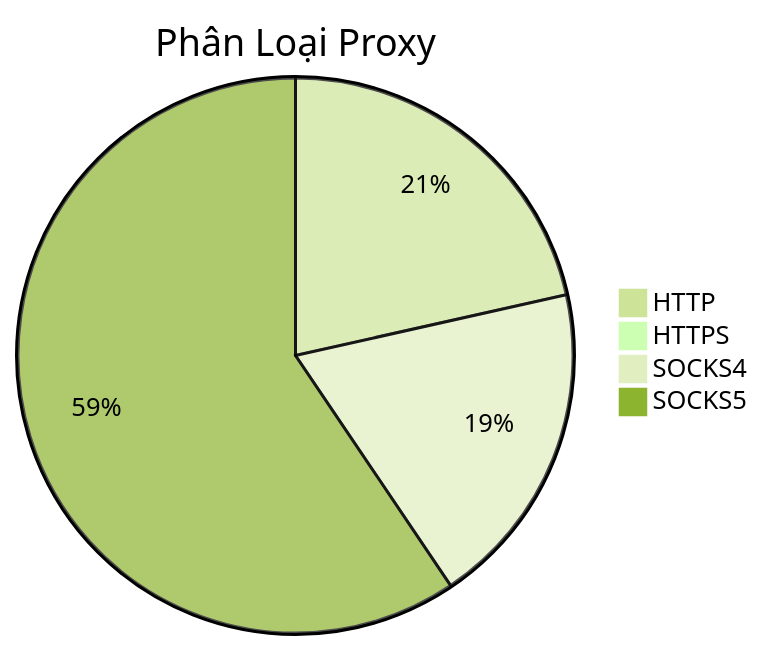
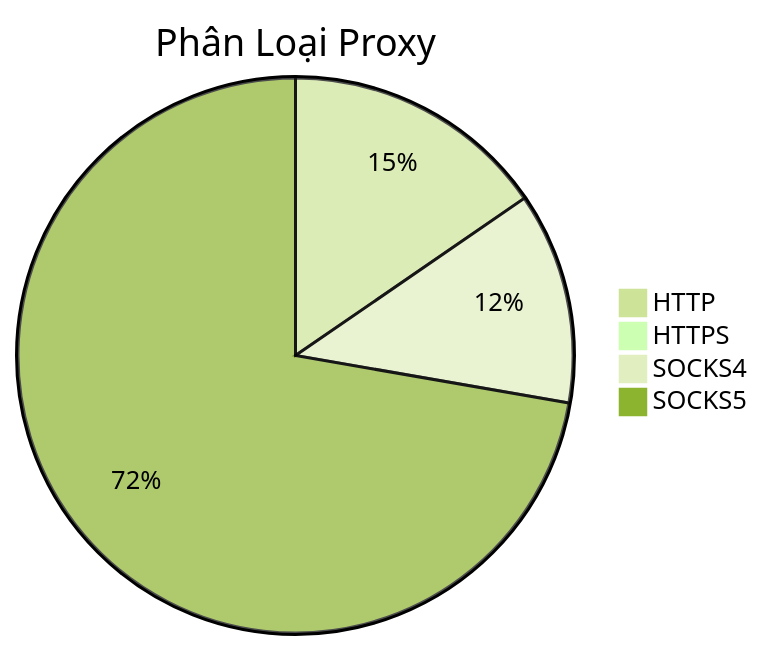
One commit to Ciara-Aa/PROXY-free changed the diagram in README.md. Above: the diagram before and after it, drawn with Mermaid (forest theme). The commit also changed other lines of this file and 4 other files, not shown here.

````diff
--- a/README.md
+++ b/README.md
@@ -26,7 +26,7 @@
 ```mermaid
 pie title Phân Loại Proxy
-    "HTTP" : 347
+    "HTTP" : 427
     "HTTPS" : 2
-    "SOCKS4" : 308
-    "SOCKS5" : 960
+    "SOCKS4" : 341
+    "SOCKS5" : 2001
 ```
````
